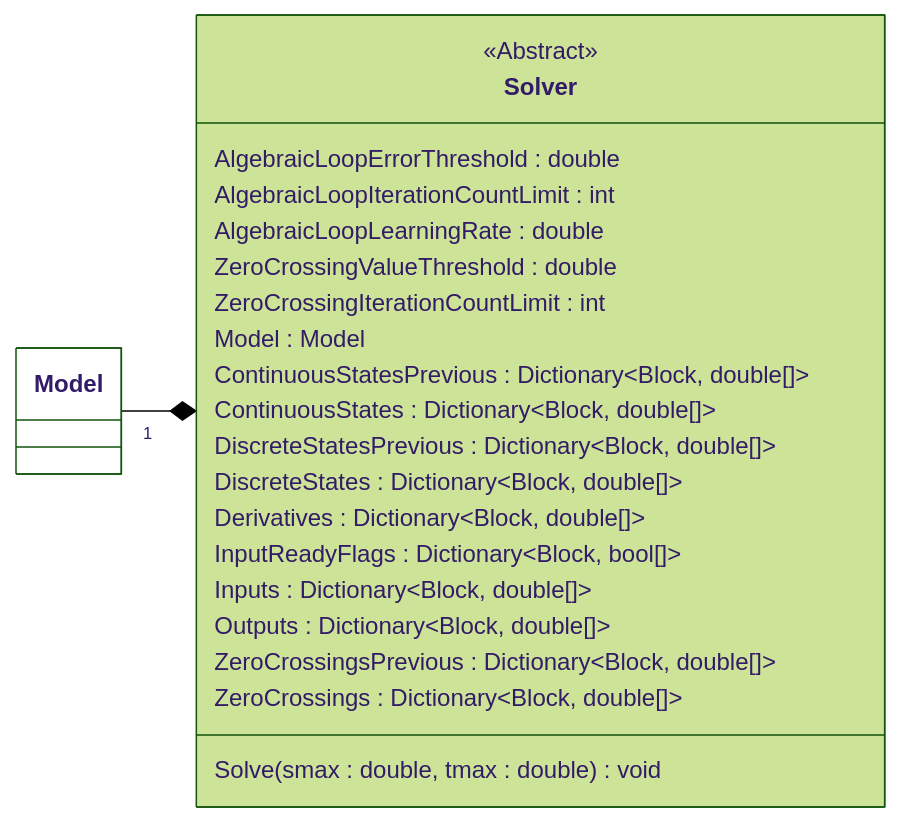
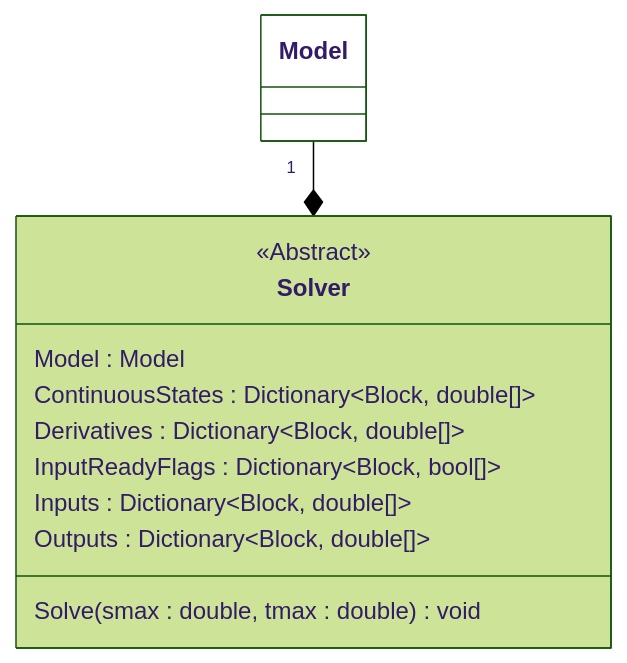
Before and after one commit to ghackenberg/kurs-computer-simulation: the diagram in Quellen/WS25/SFunctionContinuous/Solver.mmd, drawn with Mermaid (forest theme). The commit also changed 22 other files, not shown here.

```diff
--- a/Quellen/WS25/SFunctionContinuous/Solver.mmd
+++ b/Quellen/WS25/SFunctionContinuous/Solver.mmd
@@ -1,31 +1,21 @@
 classDiagram
 
-    direction LR
+    direction TB
 
     class Model {
     }
 
     class Solver {
         <<Abstract>>
-        AlgebraicLoopErrorThreshold : double
-        AlgebraicLoopIterationCountLimit : int
-        AlgebraicLoopLearningRate : double
-        ZeroCrossingValueThreshold : double
-        ZeroCrossingIterationCountLimit : int
         Model : Model
-        ContinuousStatesPrevious : Dictionary~Block, double[]~
         ContinuousStates : Dictionary~Block, double[]~
-        DiscreteStatesPrevious : Dictionary~Block, double[]~
-        DiscreteStates : Dictionary~Block, double[]~
         Derivatives : Dictionary~Block, double[]~
         InputReadyFlags : Dictionary~Block, bool[]~
         Inputs : Dictionary~Block, double[]~
         Outputs : Dictionary~Block, double[]~
-        ZeroCrossingsPrevious : Dictionary~Block, double[]~
-        ZeroCrossings : Dictionary~Block, double[]~
         Solve(smax : double, tmax : double) void
     }
 
     Model "1" --* Solver
 
     style Model fill:white
```
